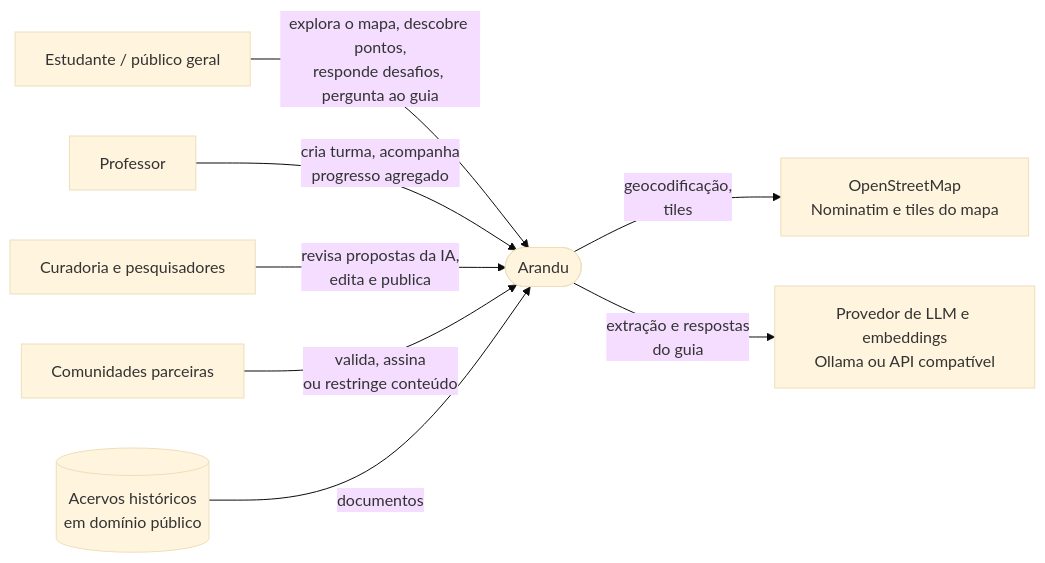
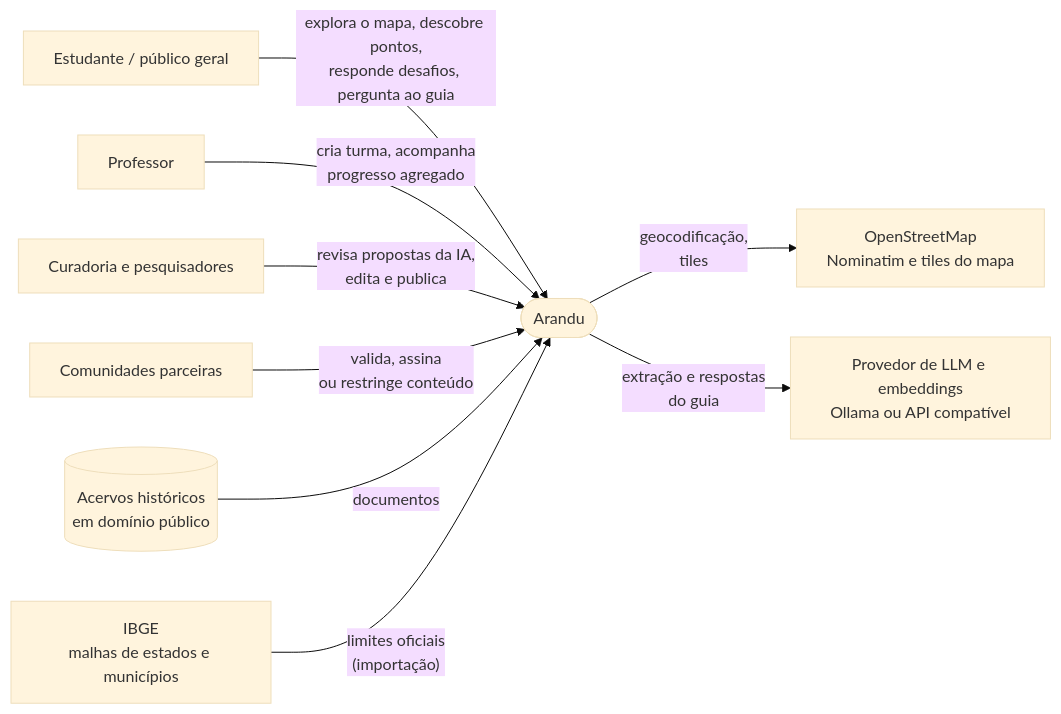
Before and after one commit to br-santella/arandu: the first of 3 diagrams in docs/arquitetura/01-visao-geral.md, drawn with Mermaid (base theme). The commit also changed other lines of this file and 35 other files, not shown here.

````diff
--- a/docs/arquitetura/01-visao-geral.md
+++ b/docs/arquitetura/01-visao-geral.md
@@ -7,22 +7,24 @@
 ```mermaid
 flowchart LR
   est["Estudante / público geral"]
   prof["Professor"]
   cur["Curadoria e pesquisadores"]
   com["Comunidades parceiras"]
 
   arandu(["Arandu"])
 
   acervo[("Acervos históricos<br/>em domínio público")]
   osm["OpenStreetMap<br/>Nominatim e tiles do mapa"]
+  ibge["IBGE<br/>malhas de estados e municípios"]
   llm["Provedor de LLM e embeddings<br/>Ollama ou API compatível"]
 
   est -- "explora o mapa, descobre pontos,<br/>responde desafios, pergunta ao guia" --> arandu
   prof -- "cria turma, acompanha<br/>progresso agregado" --> arandu
   cur -- "revisa propostas da IA,<br/>edita e publica" --> arandu
   com -- "valida, assina<br/>ou restringe conteúdo" --> arandu
 
   acervo -- "documentos" --> arandu
   arandu -- "geocodificação,<br/>tiles" --> osm
   arandu -- "extração e respostas<br/>do guia" --> llm
+  ibge -- "limites oficiais<br/>(importação)" --> arandu
 ```
````
